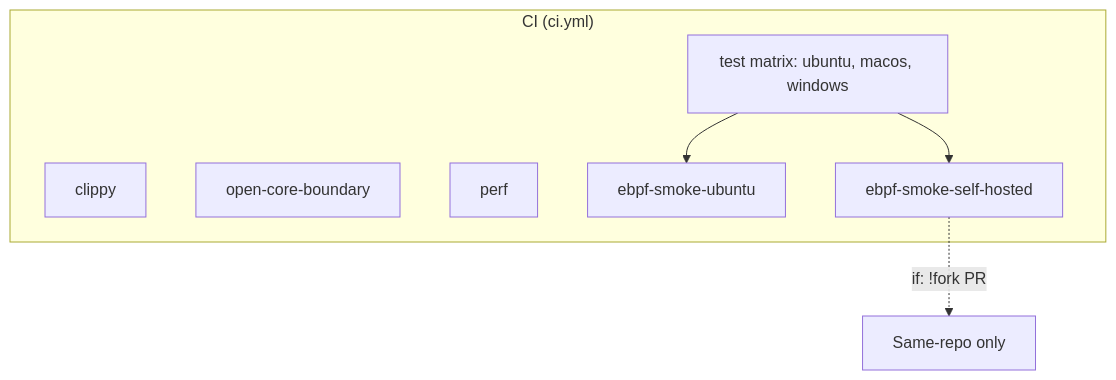
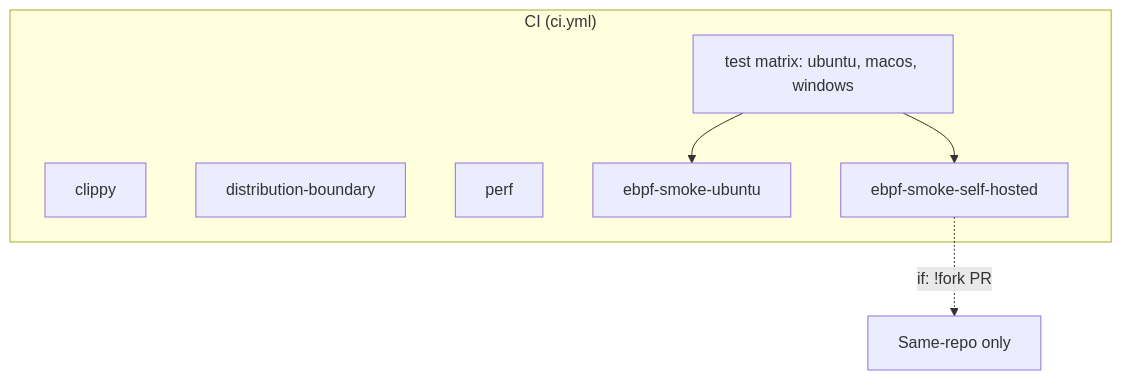
The second of 4 diagrams in docs/WORKFLOWS-OVERVIEW.md (Rul1an/assay), drawn with Mermaid before and after one commit. The commit also changed other lines of this file and 2 other files, not shown here.

First line of the commit message:
ci: name the pack-distribution boundary job and script clearly (#1643)

````diff
--- a/docs/WORKFLOWS-OVERVIEW.md
+++ b/docs/WORKFLOWS-OVERVIEW.md
@@ -97,16 +97,16 @@
 ```mermaid
 flowchart TB
   subgraph ci["CI (ci.yml)"]
     CLIPPY[clippy]
-    BOUNDARY[open-core-boundary]
+    BOUNDARY[distribution-boundary]
     PERF[perf]
     TEST[test matrix: ubuntu, macos, windows]
     EBPF_UBUNTU[ebpf-smoke-ubuntu]
     EBPF_SELF[ebpf-smoke-self-hosted]
   end
 
   TEST --> EBPF_UBUNTU
   TEST --> EBPF_SELF
 
   EBPF_SELF -.->|"if: !fork PR"| only_same_repo[Same-repo only]
 ```
````
